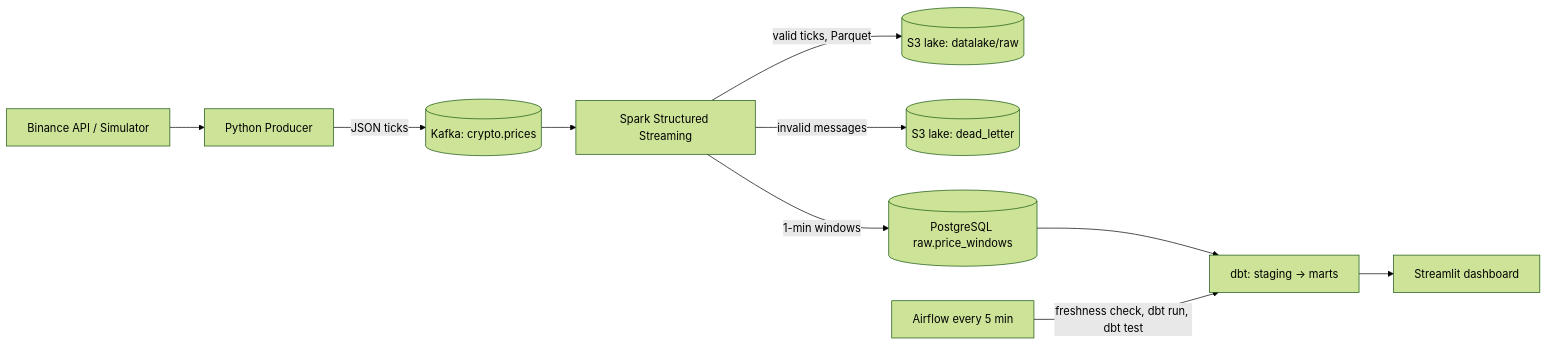
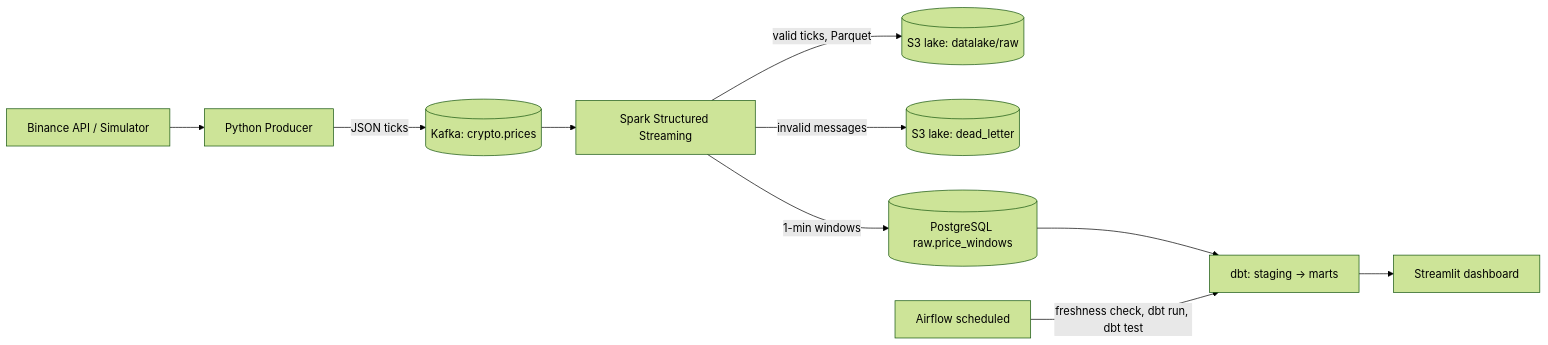
The first of 2 diagrams in README.md (AhmedSaidRR/streaming-pipeline), drawn with Mermaid (forest theme) before and after one commit. The commit also changed other lines of this file and 4 other files, not shown here.

````diff
--- a/README.md
+++ b/README.md
@@ -9,12 +14,12 @@
 ```mermaid
 flowchart LR
     A[Binance API / Simulator] --> B[Python Producer]
     B -->|JSON ticks| C[(Kafka: crypto.prices)]
     C --> D[Spark Structured Streaming]
     D -->|valid ticks, Parquet| E[(S3 lake: datalake/raw)]
     D -->|invalid messages| F[(S3 lake: dead_letter)]
     D -->|1-min windows| G[(PostgreSQL raw.price_windows)]
     G --> H[dbt: staging -> marts]
-    I[Airflow every 5 min] -->|freshness check, dbt run, dbt test| H
+    I[Airflow scheduled] -->|freshness check, dbt run, dbt test| H
     H --> J[Streamlit dashboard]
 ```
````
